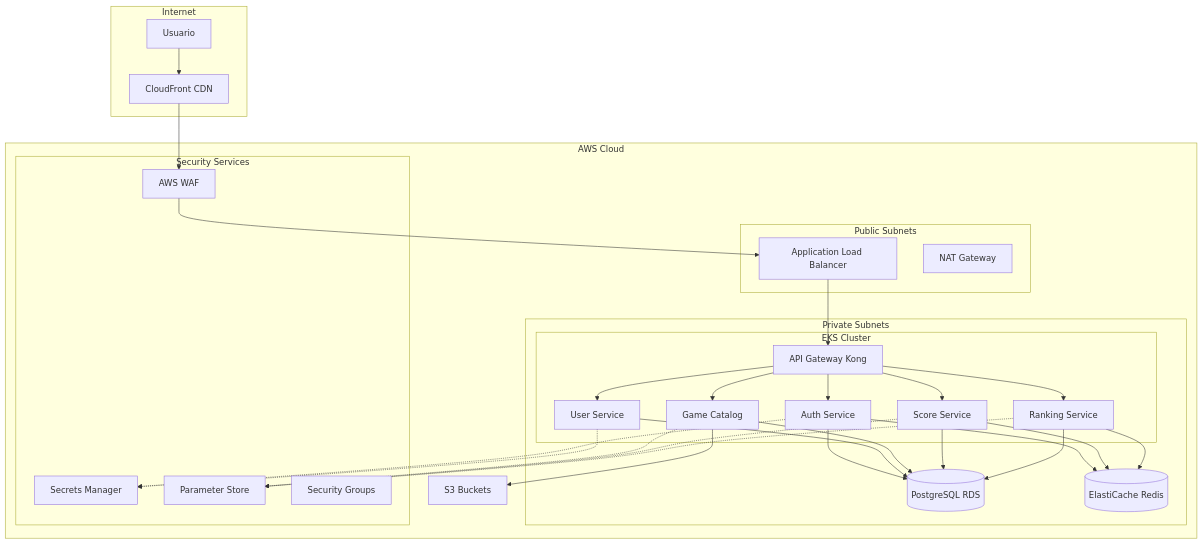
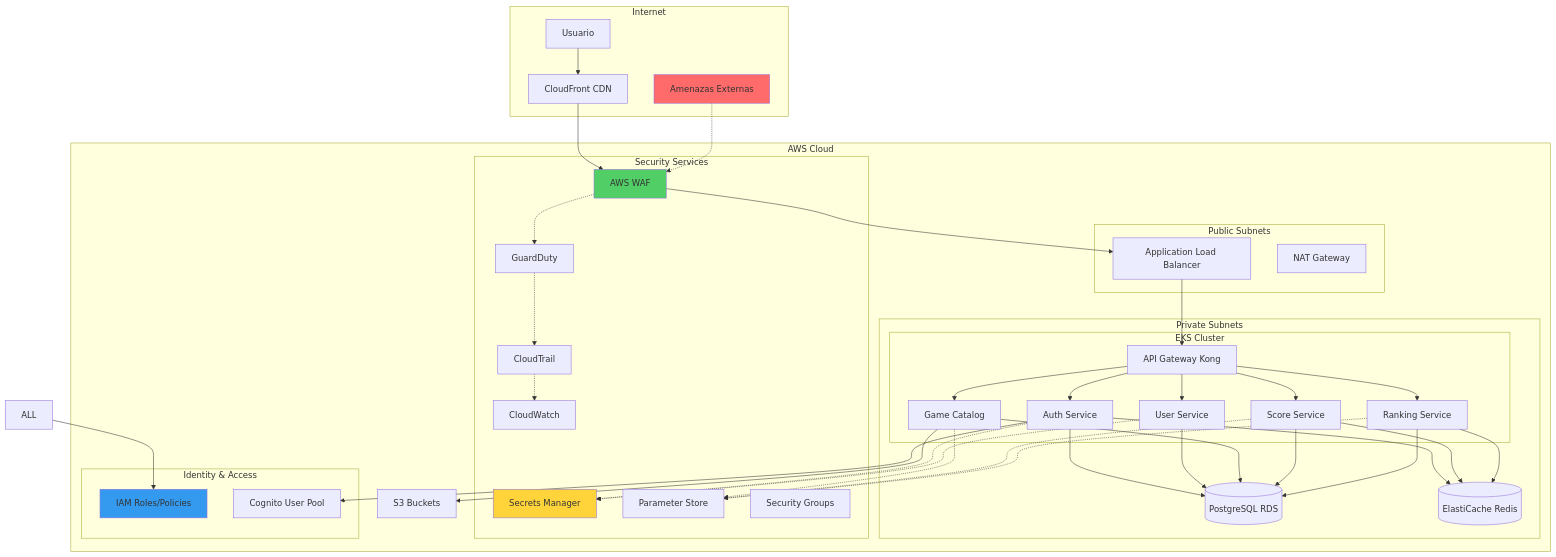
One commit to retrogamecloud/docs changed the diagram in infrastructure/security.mdx. Above: the diagram before and after it, drawn with Mermaid. The commit also changed other lines of this file and 36 other files, not shown here.

````diff
--- a/infrastructure/security.mdx
+++ b/infrastructure/security.mdx
@@ -16,6 +15,7 @@
     subgraph "Internet"
         U[Usuario]
         CDN[CloudFront CDN]
+        ATTACKER[Amenazas Externas]
     end
 
     subgraph "AWS Cloud"
@@ -43,6 +43,14 @@
             PS[Parameter Store]
             WAF[AWS WAF]
             SG[Security Groups]
+            GUARD[GuardDuty]
+            CT[CloudTrail]
+            CW[CloudWatch]
+        end
+
+        subgraph "Identity & Access"
+            IAM[IAM Roles/Policies]
+            COGNITO[Cognito User Pool]
         end
 
         S3[S3 Buckets]
@@ -57,6 +65,11 @@
     API --> GAME
     API --> SCORE
     API --> RANK
+
+    ATTACKER -.-> WAF
+    WAF -.-> GUARD
+    GUARD -.-> CT
+    CT -.-> CW
 
     AUTH -.-> SM
     USER -.-> SM
@@ -75,5 +88,11 @@
     RANK --> REDIS
 
     GAME --> S3
+    AUTH --> COGNITO
+    ALL --> IAM
 
+    style ATTACKER fill:#ff6b6b
+    style WAF fill:#51cf66
+    style SM fill:#ffd43b
+    style IAM fill:#339af0
 ```
````
